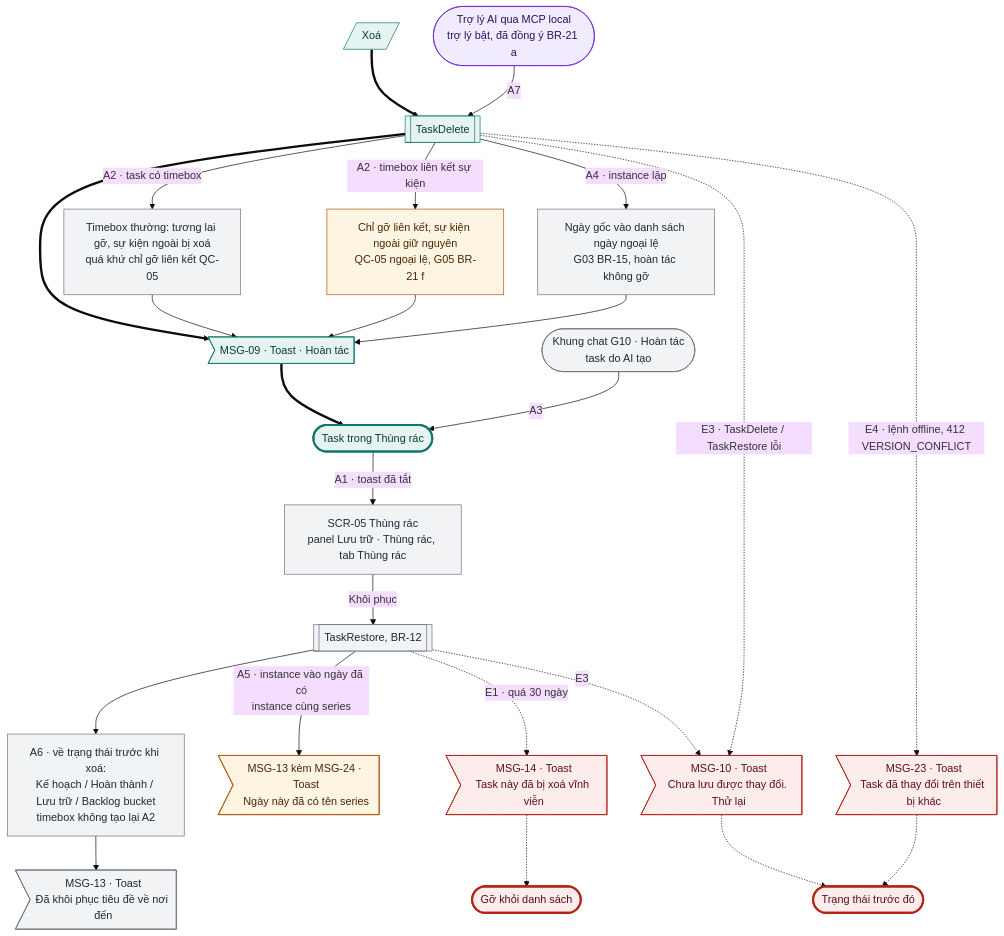
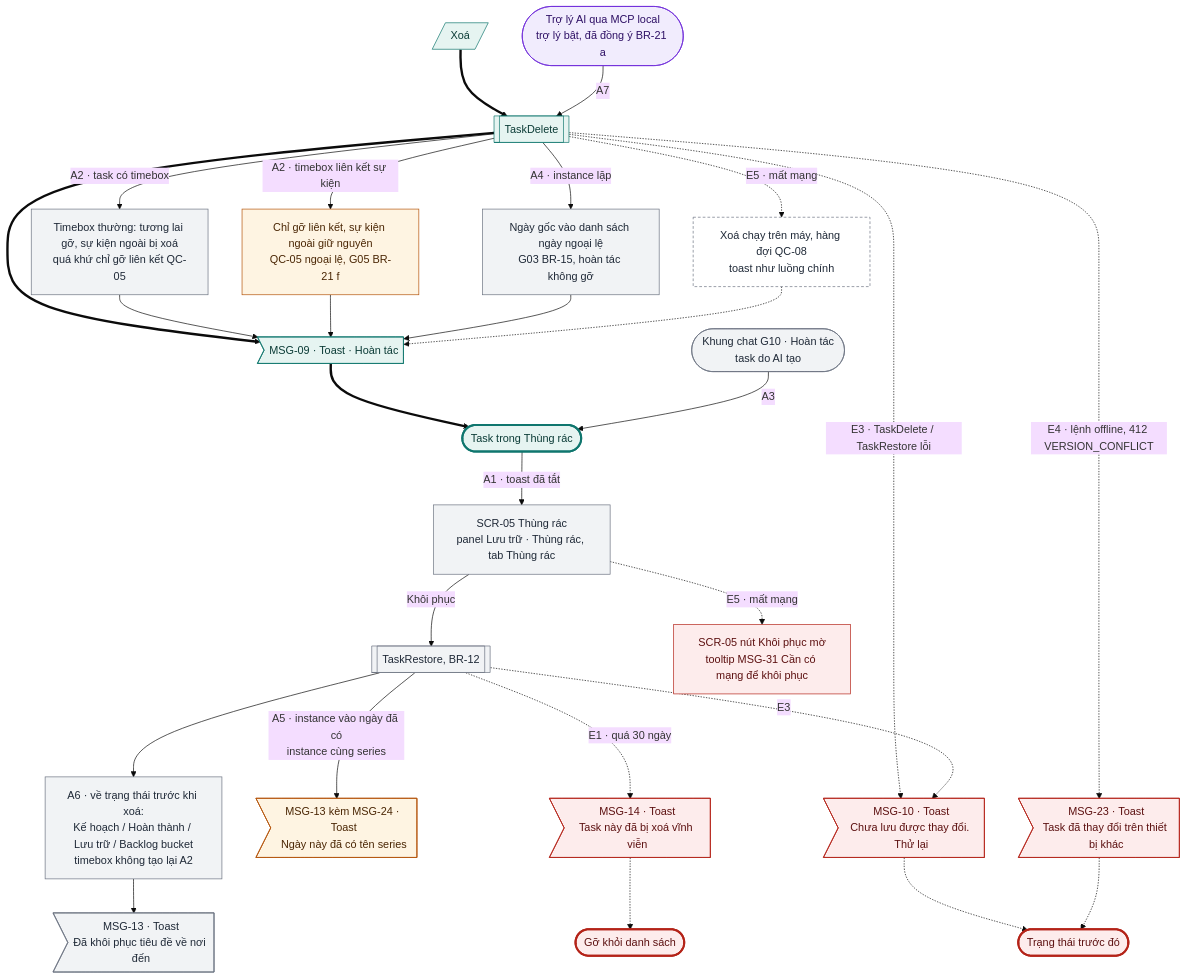
The tenth of 15 diagrams in docs/design-brief/flow/g02-quan-ly-task.md (tannguyenho/personal-app), drawn with Mermaid (base theme) before and after one commit. The commit also changed other lines of this file and 9 other files, not shown here.

````diff
--- a/docs/design-brief/flow/g02-quan-ly-task.md
+++ b/docs/design-brief/flow/g02-quan-ly-task.md
@@ -459,49 +465,53 @@
 ```mermaid
 flowchart TD
   u1[/"Xoá"/]
   p1[["TaskDelete"]]
   m1>"MSG-09 · Toast · Hoàn tác"]
   ok(["Task trong Thùng rác"])
   u1 ==> p1 ==> m1 ==> ok
 
   p1 -->|"A2 · task có timebox"| a2["Timebox thường: tương lai gỡ, sự kiện ngoài bị xoá<br/>quá khứ chỉ gỡ liên kết QC-05"]
   a2 --> m1
   p1 -->|"A2 · timebox liên kết sự kiện"| a2l["Chỉ gỡ liên kết, sự kiện ngoài giữ nguyên<br/>QC-05 ngoại lệ, G05 BR-21 f"]
   a2l --> m1
   p1 -->|"A4 · instance lặp"| a4["Ngày gốc vào danh sách ngày ngoại lệ<br/>G03 BR-15, hoàn tác không gỡ"]
   a4 --> m1
   ai0(["Trợ lý AI qua MCP local<br/>trợ lý bật, đã đồng ý BR-21 a"]) -->|"A7"| p1
   ai1(["Khung chat G10 · Hoàn tác<br/>task do AI tạo"]) -->|"A3"| ok
 
   ok -->|"A1 · toast đã tắt"| a1["SCR-05 Thùng rác<br/>panel Lưu trữ · Thùng rác, tab Thùng rác"]
   a1 -->|"Khôi phục"| a1p[["TaskRestore, BR-12"]]
   a1p --> a6["A6 · về trạng thái trước khi xoá:<br/>Kế hoạch / Hoàn thành / Lưu trữ / Backlog bucket<br/>timebox không tạo lại A2"]
   a6 --> a1m>"MSG-13 · Toast<br/>Đã khôi phục tiêu đề về nơi đến"]
   a1p -->|"A5 · instance vào ngày đã có<br/>instance cùng series"| a5m>"MSG-13 kèm MSG-24 · Toast<br/>Ngày này đã có tên series"]
 
   a1p -.->|"E1 · quá 30 ngày"| e1m>"MSG-14 · Toast<br/>Task này đã bị xoá vĩnh viễn"]
   e1m -.-> e1(["Gỡ khỏi danh sách"])
   p1 -.->|"E3 · TaskDelete / TaskRestore lỗi"| e3m>"MSG-10 · Toast<br/>Chưa lưu được thay đổi. Thử lại"]
   a1p -.->|"E3"| e3m
   p1 -.->|"E4 · lệnh offline, 412 VERSION_CONFLICT"| e4m>"MSG-23 · Toast<br/>Task đã thay đổi trên thiết bị khác"]
   e3m -.-> e3(["Trạng thái trước đó"])
   e4m -.-> e3
+  p1 -.->|"E5 · mất mạng"| e5["Xoá chạy trên máy, hàng đợi QC-08<br/>toast như luồng chính"]
+  e5 -.-> m1
+  a1 -.->|"E5 · mất mạng"| e5r["SCR-05 nút Khôi phục mờ<br/>tooltip MSG-31 Cần có mạng để khôi phục"]
 
   class u1,p1,m1 happy
   class a2,a4,a1,a1p,a6,a1m,ai1 alt
   class a2l warn
   class ai0 ai
   class a5m warn
-  class e1m,e3m,e4m err
+  class e1m,e3m,e4m,e5r err
+  class e5 sync
   class ok done
   class e1,e3 fail
   classDef happy fill:#E6F4F1,stroke:#0F766E,color:#0B3B36
   classDef alt fill:#F1F3F5,stroke:#6B7280,color:#1F2937
   classDef err fill:#FDECEC,stroke:#B42318,color:#5C1010
   classDef warn fill:#FEF4E2,stroke:#B45309,color:#4A2604
   classDef ai fill:#F1ECFD,stroke:#6D28D9,color:#2E1065
   classDef sync fill:#FFFFFF,stroke:#6B7280,stroke-dasharray:4 3,color:#1F2937
   classDef link fill:#FFFFFF,stroke:#0F766E,stroke-dasharray:4 3,color:#0B3B36
   classDef done fill:#E6F4F1,stroke:#0F766E,stroke-width:3px,color:#0B3B36
   classDef fail fill:#FDECEC,stroke:#B42318,stroke-width:3px,color:#5C1010
 ```
````
